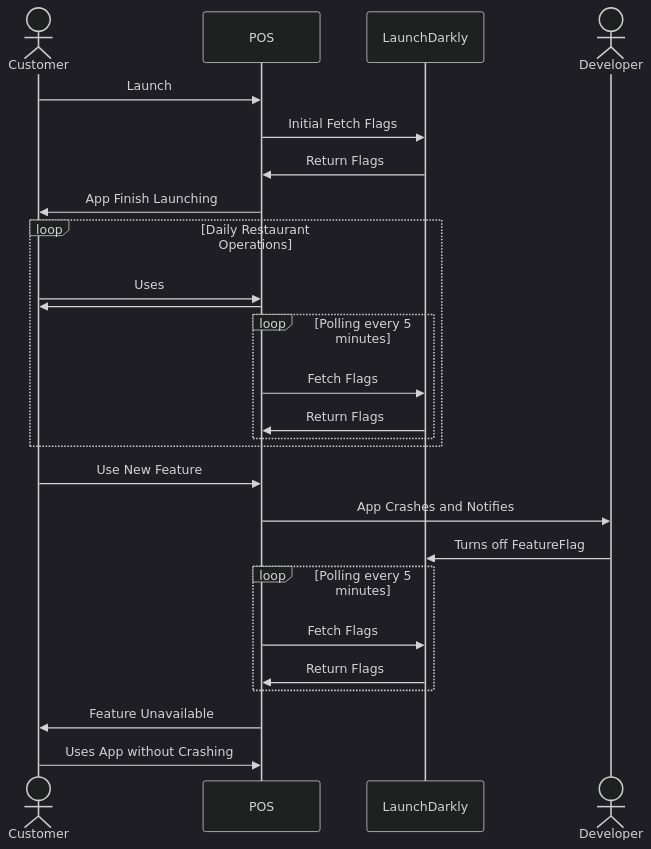
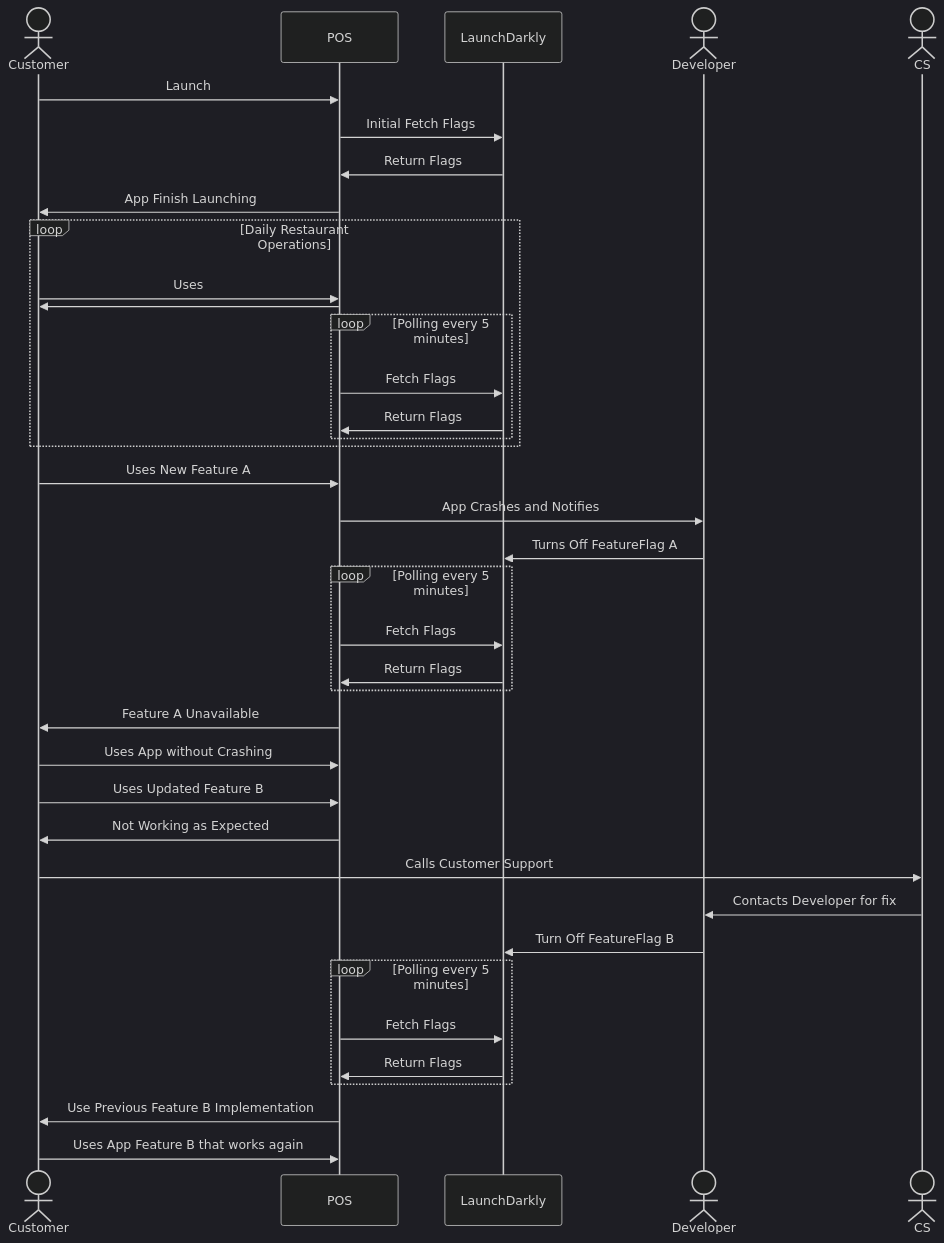
One commit to escakot/public-images changed the third of 4 diagrams in FeatureFlag.md. Above: the diagram before and after it, drawn with Mermaid (dark theme).

````diff
--- a/FeatureFlag.md
+++ b/FeatureFlag.md
@@ -55,29 +55,41 @@
 ```mermaid
 sequenceDiagram
     actor Customer
     participant POS
     participant LaunchDarkly
+    actor Developer
+    actor CS
     
-    actor Developer
     Customer->>POS: Launch
     POS->>LaunchDarkly: Initial Fetch Flags
     LaunchDarkly->>POS: Return Flags
     POS->>Customer: App Finish Launching
     loop Daily Restaurant Operations
         Customer->>POS: Uses 
         POS->>Customer:  
         loop Polling every 5 minutes
             POS->>LaunchDarkly: Fetch Flags
             LaunchDarkly->>POS: Return Flags
         end
     end
-    Customer->>POS: Use New Feature
+    Customer->>POS: Uses New Feature A
     POS->>Developer: App Crashes and Notifies
-    Developer->>LaunchDarkly: Turns off FeatureFlag
+    Developer->>LaunchDarkly: Turns Off FeatureFlag A
     loop Polling every 5 minutes
         POS->>LaunchDarkly: Fetch Flags
         LaunchDarkly->>POS: Return Flags
     end
-    POS->>Customer: Feature Unavailable
+    POS->>Customer: Feature A Unavailable
     Customer->>POS: Uses App without Crashing
+    Customer->>POS: Uses Updated Feature B
+    POS->>Customer: Not Working as Expected
+    Customer->>CS: Calls Customer Support
+    CS->>Developer: Contacts Developer for fix
+    Developer->>LaunchDarkly: Turn Off FeatureFlag B
+    loop Polling every 5 minutes
+        POS->>LaunchDarkly: Fetch Flags
+        LaunchDarkly->>POS: Return Flags
+    end
+    POS->>Customer: Use Previous Feature B Implementation 
+    Customer->>POS: Uses App Feature B that works again 
 ```
````
